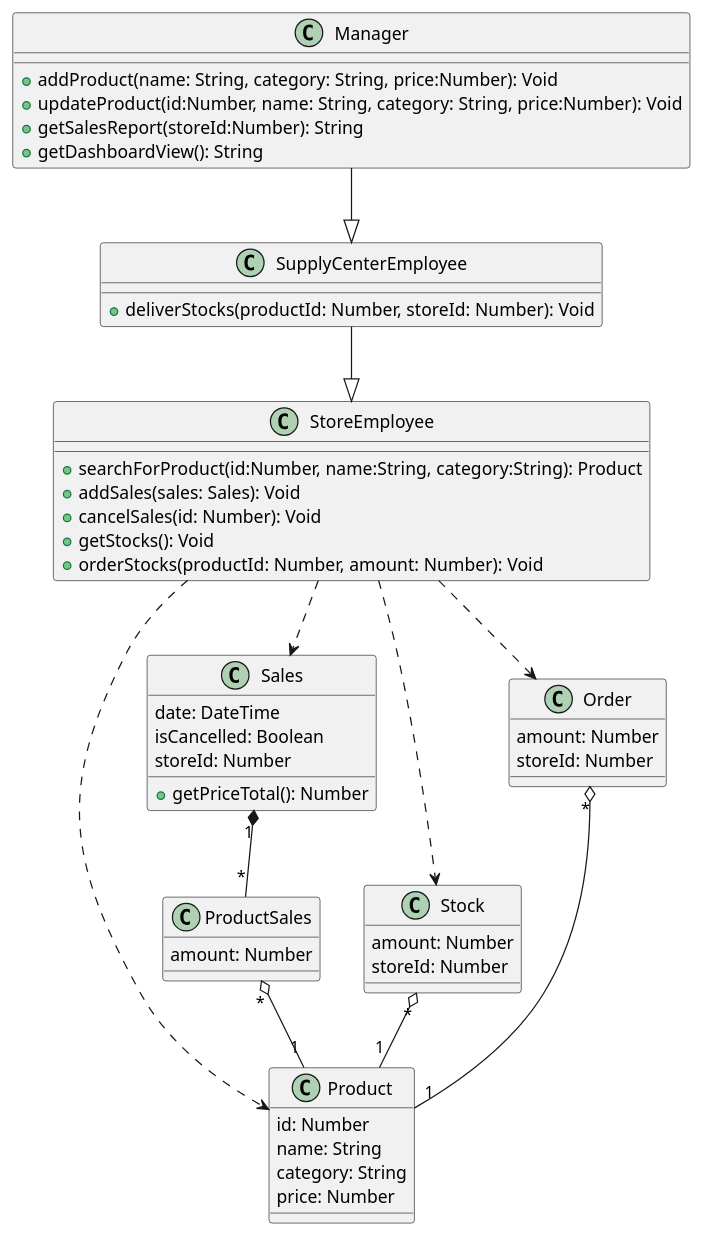
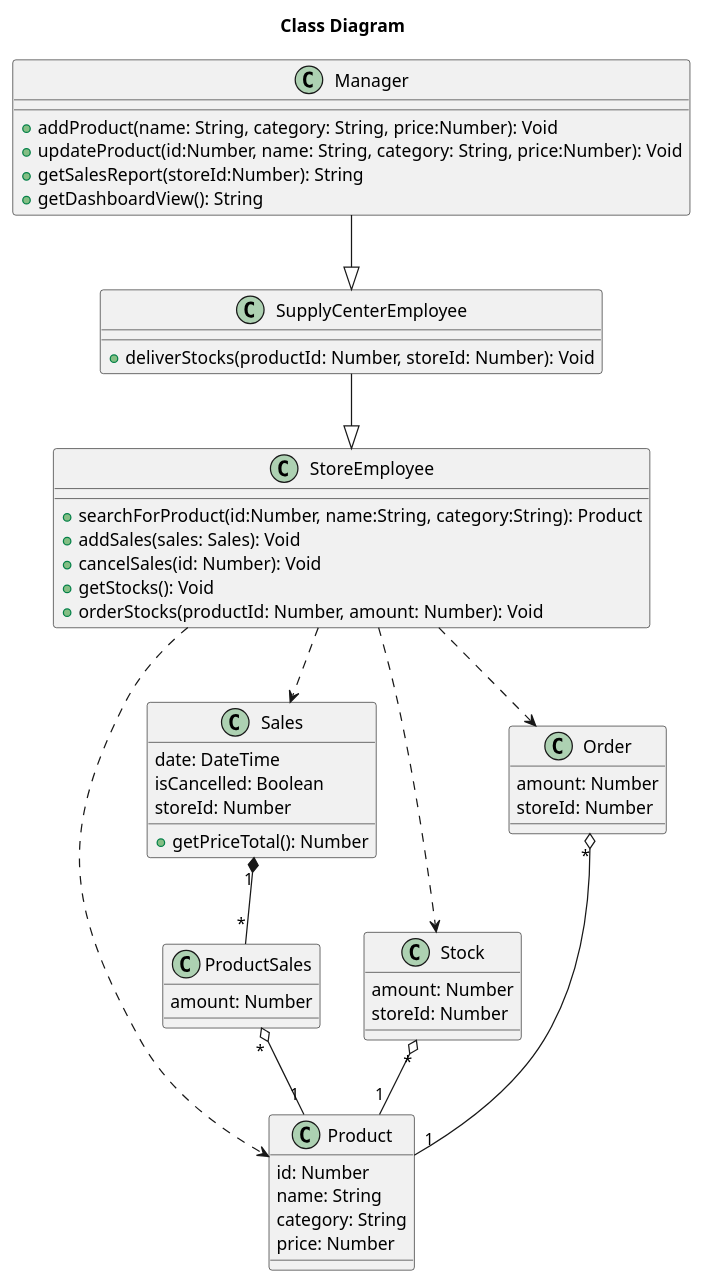
One commit to ThePhobosDeimosSuite/laboratoire-0_log430 changed the diagram in docs/UML/class.puml. Above: the diagram before and after it, drawn with PlantUML. The commit also changed 15 other files, not shown here.

```diff
--- a/docs/UML/class.puml
+++ b/docs/UML/class.puml
@@ -1,68 +1,69 @@
 @startuml class
+title Class Diagram
 class StoreEmployee {
     + searchForProduct(id:Number, name:String, category:String): Product
     + addSales(sales: Sales): Void
     + cancelSales(id: Number): Void    
     + getStocks(): Void
     + orderStocks(productId: Number, amount: Number): Void
 }
 
 class SupplyCenterEmployee {
     + deliverStocks(productId: Number, storeId: Number): Void
 }
 
 class Manager {
     + addProduct(name: String, category: String, price:Number): Void
     + updateProduct(id:Number, name: String, category: String, price:Number): Void
     + getSalesReport(storeId:Number): String
     + getDashboardView(): String
 }
 
 class Product {
     id: Number
     name: String
     category: String
     price: Number
 }
 
 class Sales {
     date: DateTime
     isCancelled: Boolean
     storeId: Number
     + getPriceTotal(): Number
 }
 
 class Stock {
     amount: Number
     storeId: Number
 }
 
 class Order {
     amount: Number
     storeId: Number
 }
 
 class ProductSales {
     amount: Number
 }
 
 StoreEmployee ..> Sales
 
 StoreEmployee ..> Product
 
 StoreEmployee ..> Stock
 
 StoreEmployee ..> Order
 
 SupplyCenterEmployee --|> StoreEmployee
 
 Manager --|> SupplyCenterEmployee
 
 Sales "1" *-- "*" ProductSales
 
 ProductSales "*" o-- "1" Product
 
 Stock "*" o-- "1" Product
 
 Order "*" o-- "1" Product
 @enduml
```
